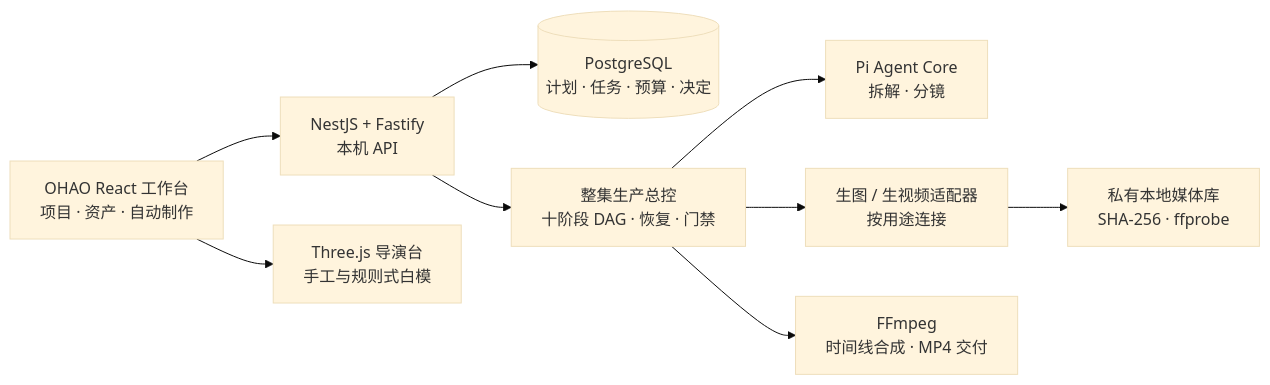
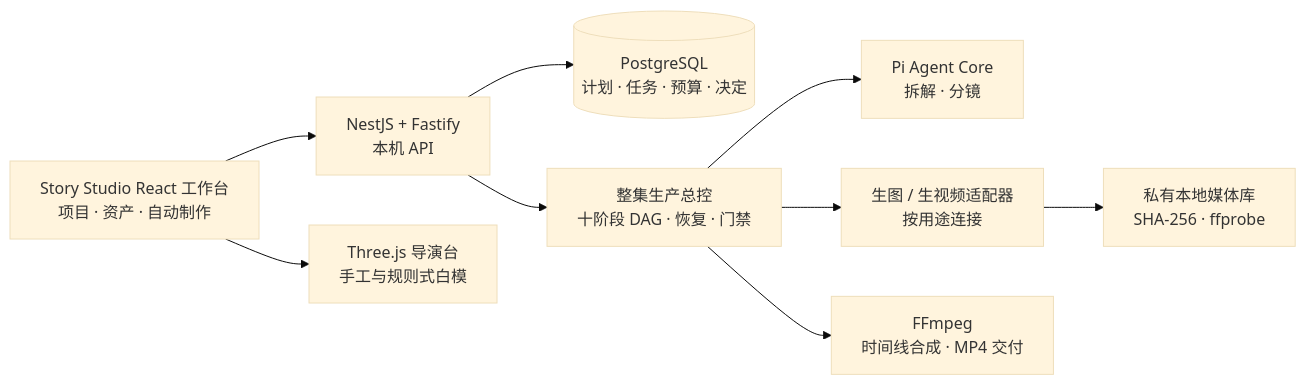
One commit to FlySword6/ai-short-drama-agent changed the diagram in shortdrama-agent-lab/README.md. Above: the diagram before and after it, drawn with Mermaid (base theme). The commit also changed other lines of this file and 34 other files, not shown here.

Commit message:
rebrand: rename product to Story Studio and update resume

````diff
--- a/shortdrama-agent-lab/README.md
+++ b/shortdrama-agent-lab/README.md
@@ -200,11 +200,11 @@
 ```mermaid
 flowchart LR
-    UI["OHAO React 工作台<br/>项目 · 资产 · 自动制作"] --> API["NestJS + Fastify<br/>本机 API"]
+    UI["Story Studio React 工作台<br/>项目 · 资产 · 自动制作"] --> API["NestJS + Fastify<br/>本机 API"]
     API --> DB[("PostgreSQL<br/>计划 · 任务 · 预算 · 决定")]
     API --> ORCH["整集生产总控<br/>十阶段 DAG · 恢复 · 门禁"]
     ORCH --> TEXT["Pi Agent Core<br/>拆解 · 分镜"]
     ORCH --> MEDIA["生图 / 生视频适配器<br/>按用途连接"]
     MEDIA --> VAULT["私有本地媒体库<br/>SHA-256 · ffprobe"]
     ORCH --> FFMPEG["FFmpeg<br/>时间线合成 · MP4 交付"]
     UI --> THREE["Three.js 导演台<br/>手工与规则式白模"]
 ```
````
